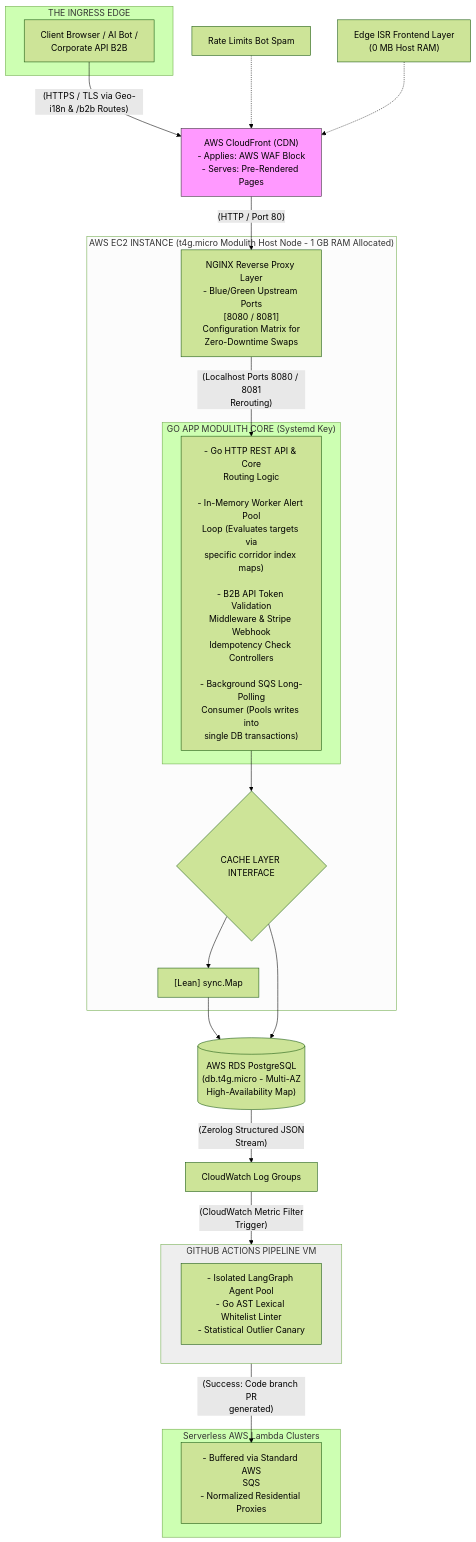
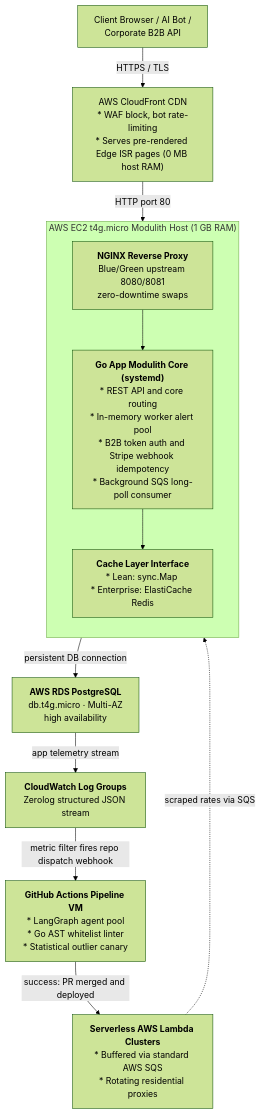
One commit to SegunAdewola/remit-track changed the first of 2 diagrams in docs/design.md. Above: the diagram before and after it, drawn with Mermaid (forest theme). The commit also changed other lines of this file and 3 other files, not shown here.

````diff
--- a/docs/design.md
+++ b/docs/design.md
@@ -24,63 +25,52 @@
 ```mermaid
 flowchart TD
-    %% Ingress Layer
-    subgraph Ingress ["THE INGRESS EDGE"]
-        Client["Client Browser / AI Bot /<br/>Corporate API B2B"]
+    Client["Client Browser / AI Bot /<br/>Corporate B2B API"]
+    
+    CF["`AWS CloudFront CDN
+    * WAF block, bot rate-limiting
+    * Serves pre-rendered Edge ISR pages (0 MB host RAM)`"]
+
+    subgraph EC2 ["AWS EC2 t4g.micro Modulith Host (1 GB RAM)"]
+        direction TB
+        NGINX["`**NGINX Reverse Proxy**
+        Blue/Green upstream 8080/8081
+        zero-downtime swaps`"]
+        
+        Modulith["`**Go App Modulith Core (systemd)**
+        * REST API and core routing
+        * In-memory worker alert pool
+        * B2B token auth and Stripe webhook idempotency
+        * Background SQS long-poll consumer`"]
+        
+        Cache["`**Cache Layer Interface**
+        * Lean: sync.Map 
+        * Enterprise: ElastiCache Redis`"]
+        
+        NGINX --> Modulith --> Cache
     end
 
-    %% CloudFront Edge Layer
-    CF["AWS CloudFront (CDN)<br/>- Applies: AWS WAF Block<br/>- Serves: Pre-Rendered Pages"]
+    RDS["`**AWS RDS PostgreSQL**
+    db.t4g.micro · Multi-AZ 
+    high availability`"]
     
-    %% Right-side Callouts
-    RateLimit["Rate Limits Bot Spam"]
-    EdgeISR["Edge ISR Frontend Layer<br/>(0 MB Host RAM)"]
+    CW["`**CloudWatch Log Groups**
+    Zerolog structured JSON stream`"]
     
-    %% AWS EC2 Modulith Layer
-    subgraph EC2 ["AWS EC2 INSTANCE (t4g.micro Modulith Host Node - 1 GB RAM Allocated)"]
-        Nginx["NGINX Reverse Proxy Layer<br/>- Blue/Green Upstream Ports<br/>[8080 / 8081]<br/>Configuration Matrix for<br/>Zero-Downtime Swaps"]
-        
-        subgraph GoCore ["GO APP MODULITH CORE (Systemd Key)"]
-            GoApp["- Go HTTP REST API & Core<br/>Routing Logic
-            <br/>- In-Memory Worker Alert Pool<br/>Loop (Evaluates targets via<br/>specific corridor index maps)
-            <br/>- B2B API Token Validation<br/>Middleware & Stripe Webhook<br/>Idempotency Check Controllers
-            <br/>- Background SQS Long-Polling<br/>Consumer (Pools writes into<br/>single DB transactions)"]
-        end
-        
-        CacheInterface{"CACHE LAYER INTERFACE"}
-        SyncMap["[Lean] sync.Map"]
-    end
-
-    %% Database & Logs
-    RDS[("AWS RDS PostgreSQL<br/>(db.t4g.micro - Multi-AZ<br/>High-Availability Map)")]
-    Logs["CloudWatch Log Groups"]
-
-    %% Pipeline & Lambda
-    subgraph GHA ["GITHUB ACTIONS PIPELINE VM"]
-        AgentPool["- Isolated LangGraph Agent Pool<br/>- Go AST Lexical Whitelist Linter<br/>- Statistical Outlier Canary"]
-    end
-
-    subgraph LambdaCluster ["Serverless AWS Lambda Clusters"]
-        Lambda["- Buffered via Standard AWS<br/>SQS<br/>- Normalized Residential Proxies"]
-    end
+    GHA["`**GitHub Actions Pipeline VM**
+    * LangGraph agent pool
+    * Go AST whitelist linter
+    * Statistical outlier canary`"]
+    
+    Lambda["`**Serverless AWS Lambda Clusters**
+    * Buffered via standard AWS SQS
+    * Rotating residential proxies`"]
 
     %% Connections
-    Client -->|"(HTTPS / TLS via Geo-i18n & /b2b Routes)"| CF
-    RateLimit -.-> CF
-    EdgeISR -.-> CF
-    
-    CF -->|"(HTTP / Port 80)"| Nginx
-    Nginx -->|"(Localhost Ports 8080 / 8081<br/>Rerouting)"| GoApp
-    GoApp --> CacheInterface
-    CacheInterface --> SyncMap
-    SyncMap --> RDS
-    CacheInterface --> RDS
-    
-    RDS -->|"(Zerolog Structured JSON<br/>Stream)"| Logs
-    Logs -->|"(CloudWatch Metric Filter<br/>Trigger)"| GHA
-    GHA -->|"(Success: Code branch PR<br/>generated)"| Lambda
-
-    %% Styling
-    style CF fill:#f9f,stroke:#333
-    style EC2 fill:#fcfcfc
-    style GHA fill:#eee
+    Client -->|HTTPS / TLS| CF
+    CF -->|HTTP port 80| NGINX
+    Cache -->|persistent DB connection| RDS
+    RDS -->|app telemetry stream| CW
+    CW -->|metric filter fires repo dispatch webhook| GHA
+    GHA -->|success: PR merged and deployed| Lambda
+    Lambda -.->|scraped rates via SQS| Modulith
 ```
````
